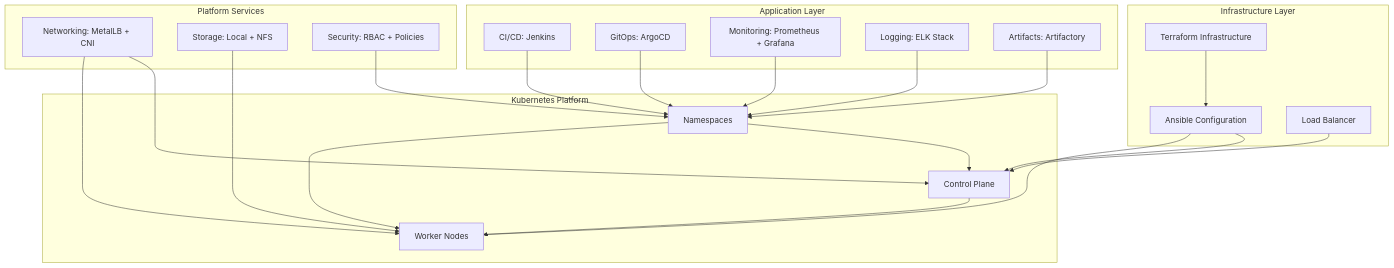
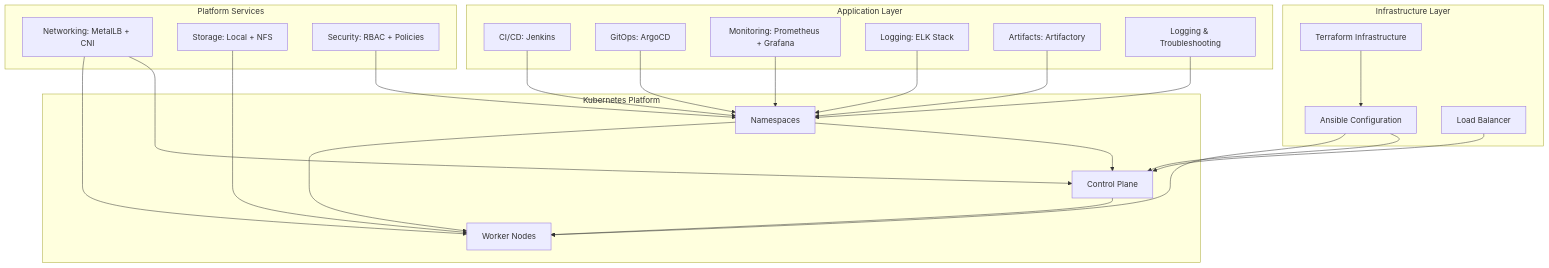
Before and after one commit to HomeAssignmentsCollection/k8s-lab-baremetal-architecture: the first of 13 diagrams in ARCHITECTURE_DETAILED_DIAGRAMS.md, drawn with Mermaid. The commit also changed other lines of this file and 1 other file, not shown here.

Commit message:
docs: update project description to include logging and troubleshooting module

````diff
--- a/ARCHITECTURE_DETAILED_DIAGRAMS.md
+++ b/ARCHITECTURE_DETAILED_DIAGRAMS.md
@@ -5,45 +5,47 @@
 ```mermaid
 graph TB
     subgraph "Infrastructure Layer"
         TF[Terraform Infrastructure]
         ANS[Ansible Configuration]
         LB[Load Balancer]
     end
     
     subgraph "Kubernetes Platform"
         CP[Control Plane]
         WK[Worker Nodes]
         NS[Namespaces]
     end
     
     subgraph "Platform Services"
         NET[Networking: MetalLB + CNI]
         STOR[Storage: Local + NFS]
         SEC[Security: RBAC + Policies]
     end
     
     subgraph "Application Layer"
         CICD[CI/CD: Jenkins]
         GITOPS[GitOps: ArgoCD]
         MON[Monitoring: Prometheus + Grafana]
         LOG[Logging: ELK Stack]
         ART[Artifacts: Artifactory]
+        TROUBLESHOOT[Logging & Troubleshooting]
     end
     
     TF --> ANS
     ANS --> CP
     ANS --> WK
     LB --> CP
     CP --> WK
     NS --> CP
     NS --> WK
     NET --> CP
     NET --> WK
     STOR --> WK
     SEC --> NS
     CICD --> NS
     GITOPS --> NS
     MON --> NS
     LOG --> NS
     ART --> NS
+    TROUBLESHOOT --> NS
 ```
````
